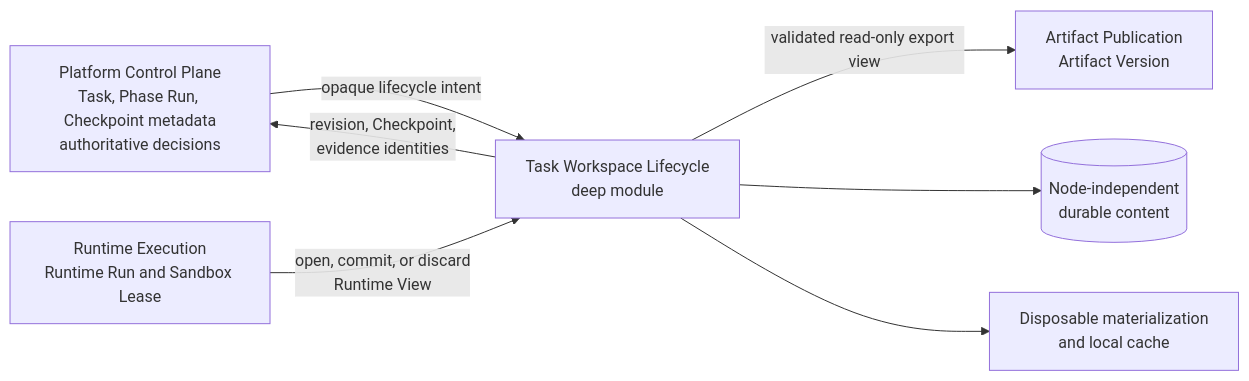
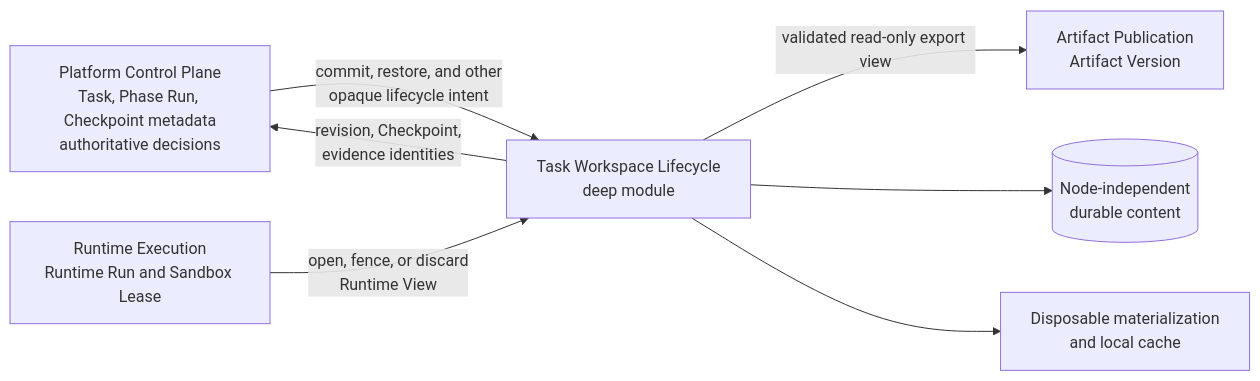
One commit to Vt00ls/SlideSmith changed the first of 2 diagrams in docs/architecture/task-workspace-lifecycle.md. Above: the diagram before and after it, drawn with Mermaid. The commit also changed other lines of this file and 14 other files, not shown here.

Commit message:
Resolve Issue 71 architecture blockers

````diff
--- a/docs/architecture/task-workspace-lifecycle.md
+++ b/docs/architecture/task-workspace-lifecycle.md
@@ -11,16 +11,16 @@
 ```mermaid
 flowchart LR
     CP[Platform Control Plane<br/>Task, Phase Run, Checkpoint metadata<br/>authoritative decisions]
     C04[Task Workspace Lifecycle<br/>deep module]
     C03[Runtime Execution<br/>Runtime Run and Sandbox Lease]
     C05[Artifact Publication<br/>Artifact Version]
     Durable[(Node-independent<br/>durable content)]
     Local[Disposable materialization<br/>and local cache]
 
-    CP -->|opaque lifecycle intent| C04
+    CP -->|commit, restore, and other<br/>opaque lifecycle intent| C04
     C04 -->|revision, Checkpoint,<br/>evidence identities| CP
-    C03 -->|open, commit, or discard<br/>Runtime View| C04
+    C03 -->|open, fence, or discard<br/>Runtime View| C04
     C04 -->|validated read-only export view| C05
     C04 --> Durable
     C04 --> Local
 ```
````
